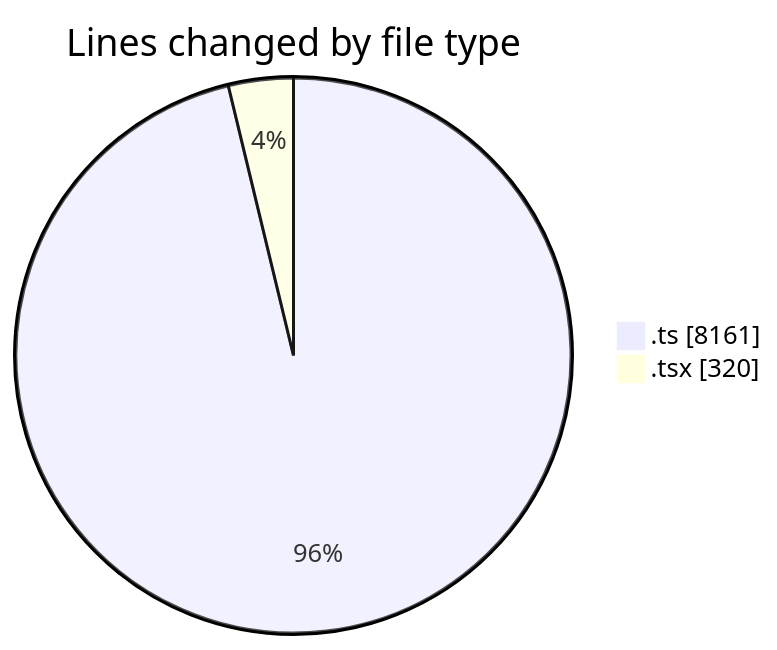
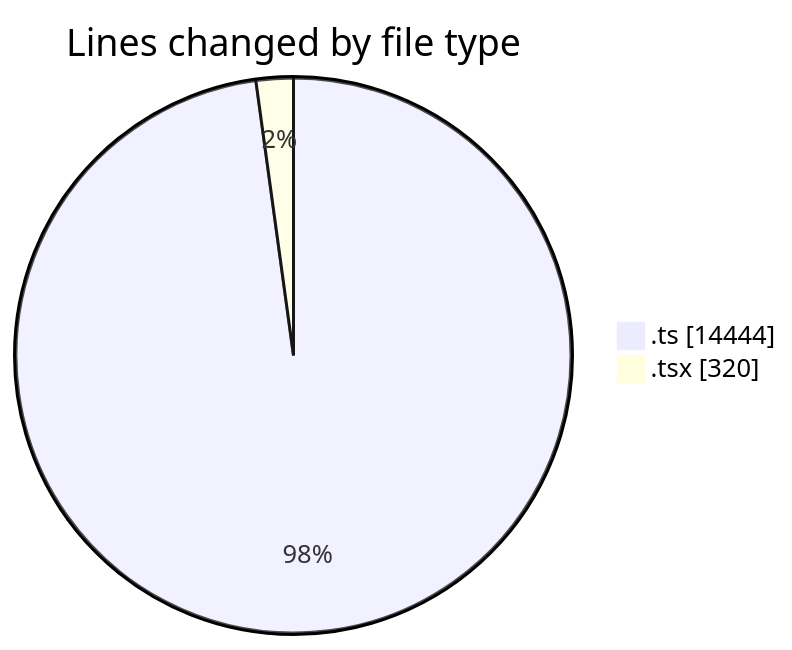
The first of 2 diagrams in 2025-08-13/cda/README.md (momahboobian/code-tracking), drawn with Mermaid before and after one commit. The commit also changed other lines of this file and 1 other file, not shown here.

````diff
--- a/2025-08-13/cda/README.md
+++ b/2025-08-13/cda/README.md
@@ -24,6 +26,6 @@
 ```mermaid
 pie showData
 title Lines changed by file type
-".ts" : 8161
+".ts" : 14444
 ".tsx" : 320
 ```
````
